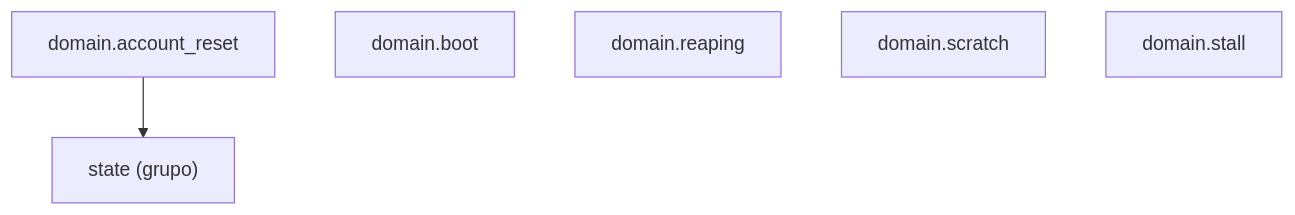
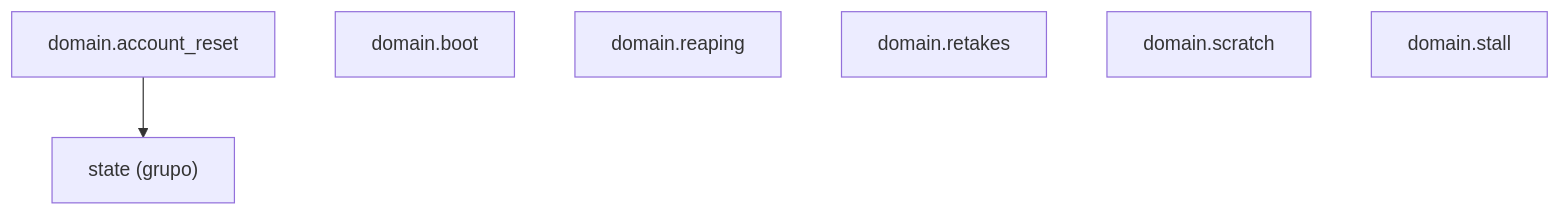
The diagram in docs/architecture/generated/packages-process-domain-machine.md (GonzaloZevallos/agentic-system), drawn with Mermaid before and after one commit. The commit also changed 3 other files, not shown here.

Commit message:
Regenerate the architecture docs for domain.retakes

````diff
--- a/docs/architecture/generated/packages-process-domain-machine.md
+++ b/docs/architecture/generated/packages-process-domain-machine.md
@@ -11,10 +11,11 @@
 ```mermaid
 graph TD
     g_domain__state["state (grupo)"]
     m_domain__account_reset["domain.account_reset"]
     m_domain__boot["domain.boot"]
     m_domain__reaping["domain.reaping"]
+    m_domain__retakes["domain.retakes"]
     m_domain__scratch["domain.scratch"]
     m_domain__stall["domain.stall"]
     m_domain__account_reset --> g_domain__state
 ```
````
